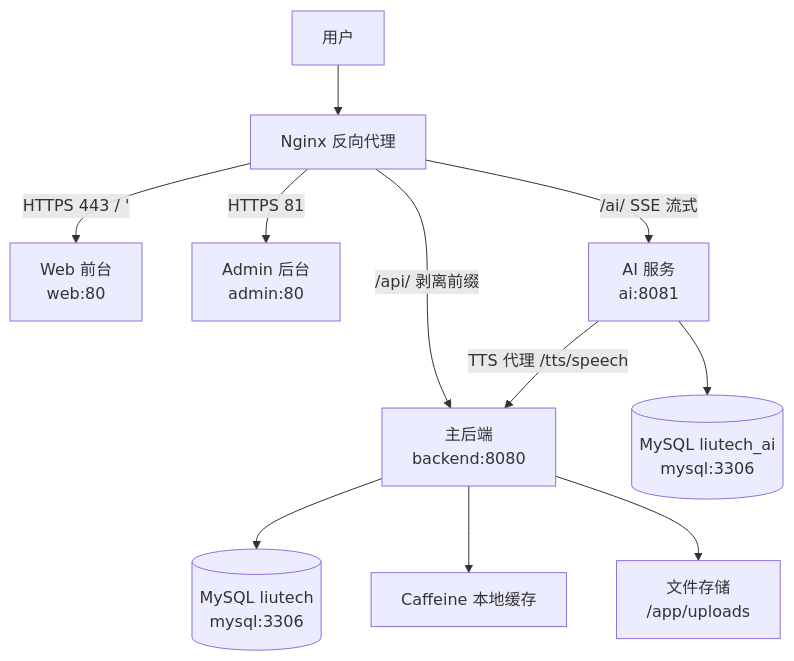
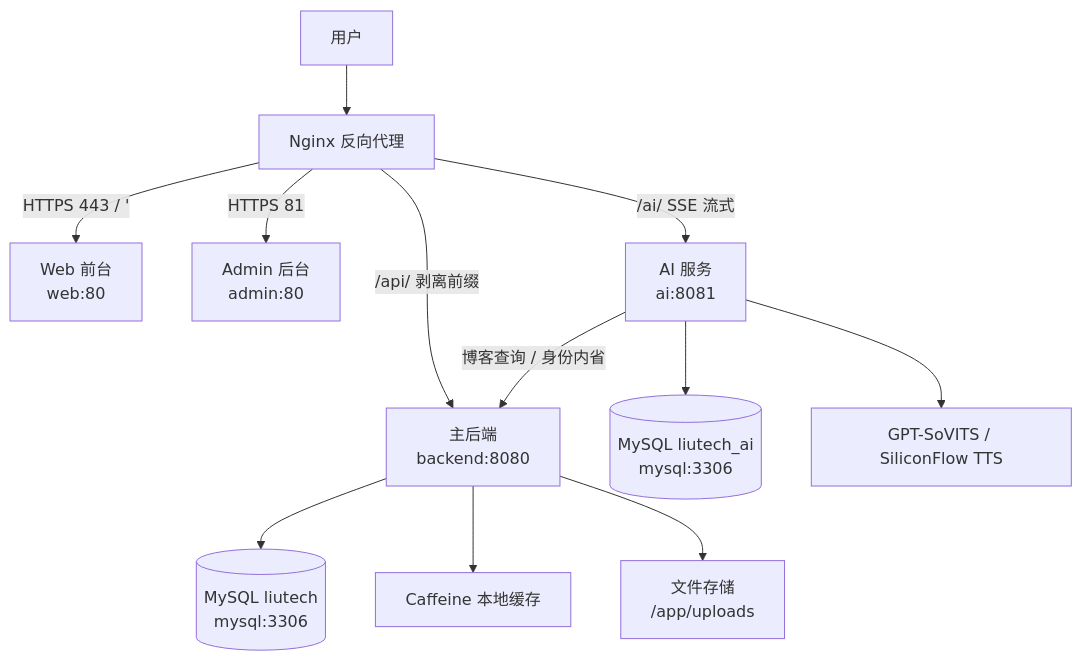
Before and after one commit to Liuxin4950/Liutech: the diagram in README.md, drawn with Mermaid. The commit also changed other lines of this file and 114 other files, not shown here.

````diff
--- a/README.md
+++ b/README.md
@@ -64,13 +64,14 @@
 ```mermaid
 graph TB
     U[用户] --> NX[Nginx 反向代理]
     NX -->|HTTPS 443 / '| WEB[Web 前台<br/>web:80]
     NX -->|HTTPS 81| ADMIN[Admin 后台<br/>admin:80]
     NX -->|/api/ 剥离前缀| BE[主后端<br/>backend:8080]
     NX -->|/ai/ SSE 流式| AI[AI 服务<br/>ai:8081]
     BE --> DB[(MySQL liutech<br/>mysql:3306)]
     AI --> DB2[(MySQL liutech_ai<br/>mysql:3306)]
     BE --> CC[Caffeine 本地缓存]
-    AI -->|TTS 代理 /tts/speech| BE
+    AI --> TTS[GPT-SoVITS / SiliconFlow TTS]
+    AI -->|博客查询 / 身份内省| BE
     BE --> FILES[文件存储<br/>/app/uploads]
 ```
````
